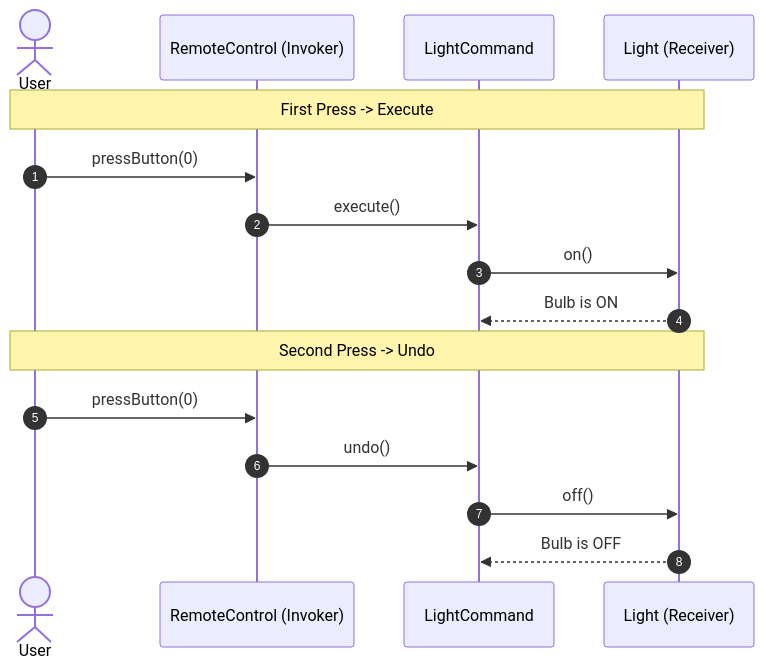
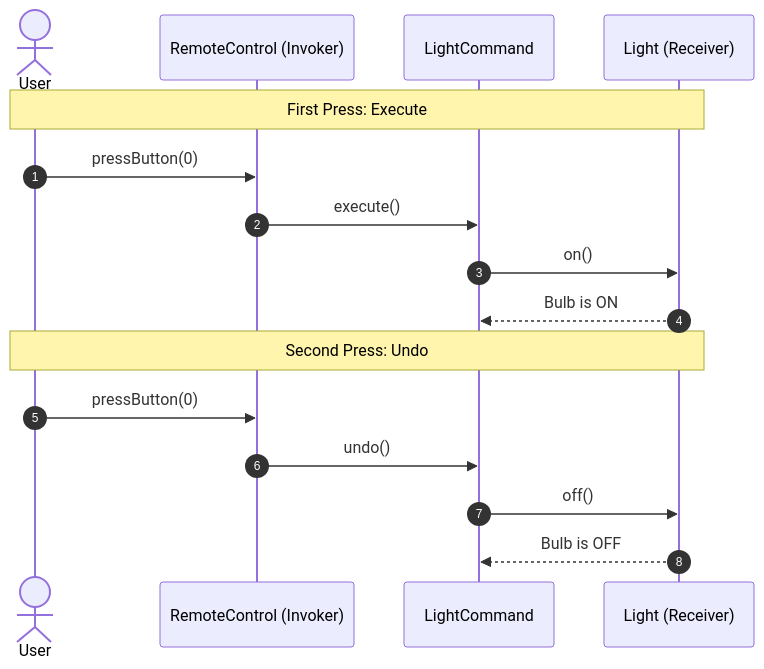
Before and after one commit to rohithgowda18/Notes: the second of 2 diagrams in 04-OOPs-and-Design-Patterns/03-Design-Patterns/15-Command-Design-Pattern.md, drawn with Mermaid. The commit also changed 15 other files, not shown here.

Commit message:
docs: audit Mermaid diagrams, optimize side-by-side layouts, and deduplicate DBMS advanced notes

````diff
--- a/04-OOPs-and-Design-Patterns/03-Design-Patterns/15-Command-Design-Pattern.md
+++ b/04-OOPs-and-Design-Patterns/03-Design-Patterns/15-Command-Design-Pattern.md
@@ -235,20 +235,20 @@
 ```mermaid
 sequenceDiagram
     autonumber
     actor User
     participant Remote as RemoteControl (Invoker)
     participant Cmd as LightCommand
     participant Device as Light (Receiver)
 
-    Note over User,Device: First Press -> Execute
+    Note over User,Device: First Press: Execute
     User->>Remote: pressButton(0)
     Remote->>Cmd: execute()
     Cmd->>Device: on()
     Device-->>Cmd: Bulb is ON
 
-    Note over User,Device: Second Press -> Undo
+    Note over User,Device: Second Press: Undo
     User->>Remote: pressButton(0)
     Remote->>Cmd: undo()
     Cmd->>Device: off()
     Device-->>Cmd: Bulb is OFF
 ```
````
